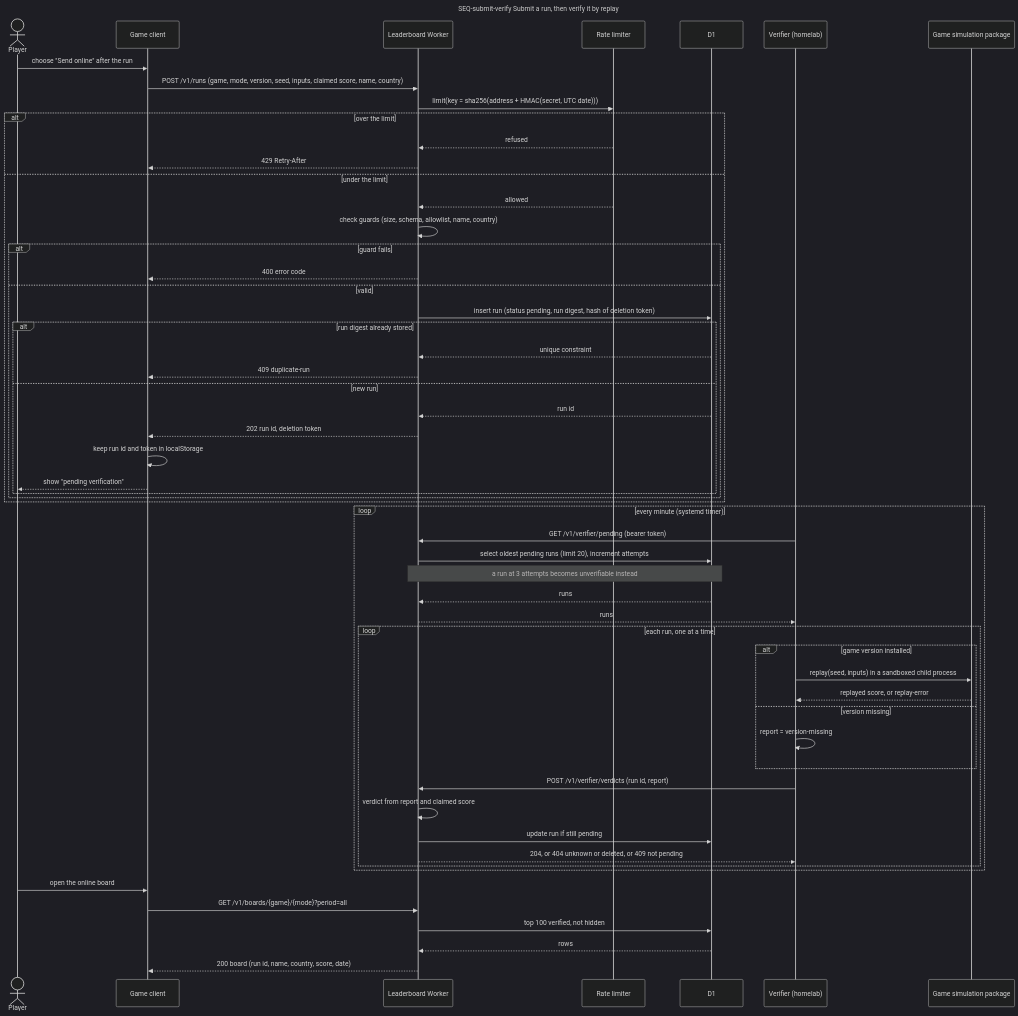
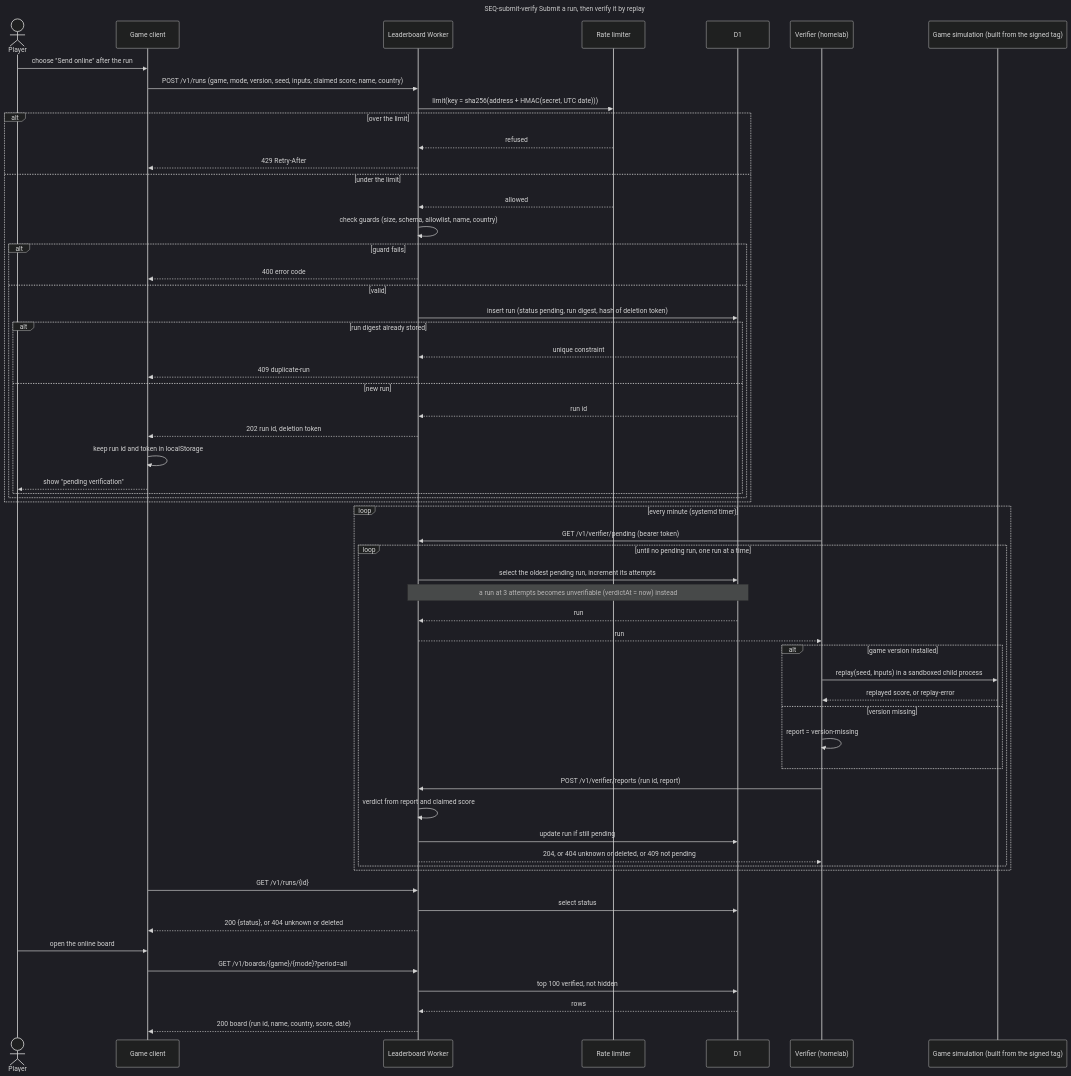
The diagram in docs/architecture/diagrams/leaderboard/02-sequence-submit-verify.md (benoit-bremaud/retro-leaderboard), drawn with Mermaid (dark theme) before and after one commit. The commit also changed other lines of this file and 11 other files, not shown here.

First line of the commit message:
docs(uml): fix the round-2 review findings of the conception study

````diff
--- a/docs/architecture/diagrams/leaderboard/02-sequence-submit-verify.md
+++ b/docs/architecture/diagrams/leaderboard/02-sequence-submit-verify.md
@@ -14,62 +14,66 @@
 ```mermaid
 sequenceDiagram
     title SEQ-submit-verify Submit a run, then verify it by replay
     actor P as Player
     participant G as Game client
     participant W as Leaderboard Worker
     participant RL as Rate limiter
     participant DB as D1
     participant V as Verifier (homelab)
-    participant S as Game simulation package
+    participant S as Game simulation (built from the signed tag)
 
     P->>G: choose "Send online" after the run
     G->>W: POST /v1/runs (game, mode, version, seed, inputs, claimed score, name, country)
     W->>RL: limit(key = sha256(address + HMAC(secret, UTC date)))
     alt over the limit
         RL-->>W: refused
         W-->>G: 429 Retry-After
     else under the limit
         RL-->>W: allowed
         W->>W: check guards (size, schema, allowlist, name, country)
         alt guard fails
             W-->>G: 400 error code
         else valid
             W->>DB: insert run (status pending, run digest, hash of deletion token)
             alt run digest already stored
                 DB-->>W: unique constraint
                 W-->>G: 409 duplicate-run
             else new run
             DB-->>W: run id
             W-->>G: 202 run id, deletion token
             G->>G: keep run id and token in localStorage
             G-->>P: show "pending verification"
             end
         end
     end
 
     loop every minute (systemd timer)
         V->>W: GET /v1/verifier/pending (bearer token)
-        W->>DB: select oldest pending runs (limit 20), increment attempts
-        Note over W,DB: a run at 3 attempts becomes unverifiable instead
-        DB-->>W: runs
-        W-->>V: runs
-        loop each run, one at a time
+        loop until no pending run, one run at a time
+        W->>DB: select the oldest pending run, increment its attempts
+        Note over W,DB: a run at 3 attempts becomes unverifiable (verdictAt = now) instead
+        DB-->>W: run
+        W-->>V: run
             alt game version installed
                 V->>S: replay(seed, inputs) in a sandboxed child process
                 S-->>V: replayed score, or replay-error
             else version missing
                 V->>V: report = version-missing
             end
-            V->>W: POST /v1/verifier/verdicts (run id, report)
+            V->>W: POST /v1/verifier/reports (run id, report)
             W->>W: verdict from report and claimed score
             W->>DB: update run if still pending
             W-->>V: 204, or 404 unknown or deleted, or 409 not pending
         end
     end
+
+    G->>W: GET /v1/runs/{id}
+    W->>DB: select status
+    W-->>G: 200 {status}, or 404 unknown or deleted
 
     P->>G: open the online board
     G->>W: GET /v1/boards/{game}/{mode}?period=all
     W->>DB: top 100 verified, not hidden
     DB-->>W: rows
     W-->>G: 200 board (run id, name, country, score, date)
 ```
````
